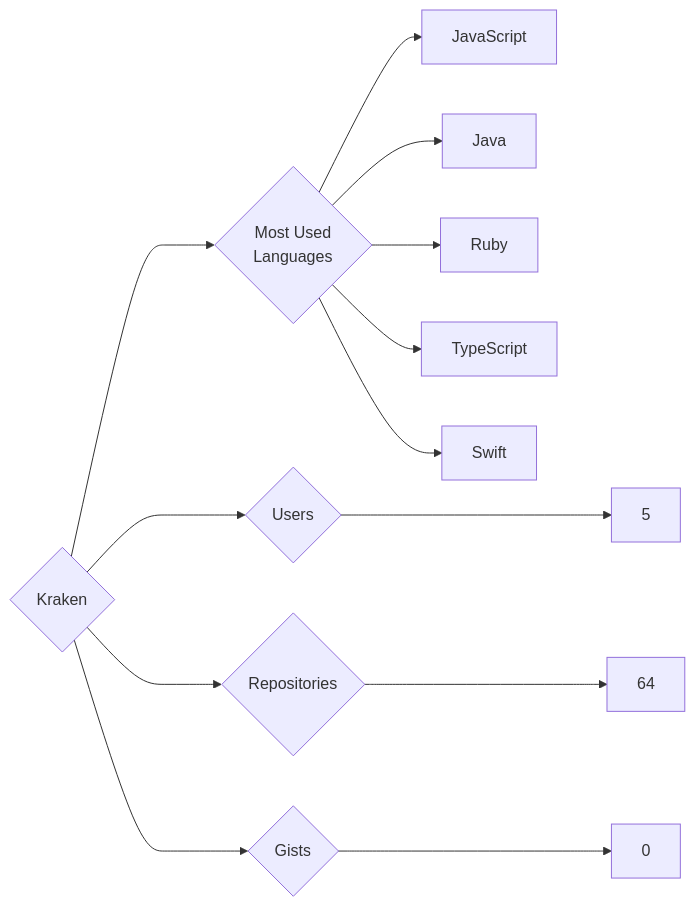
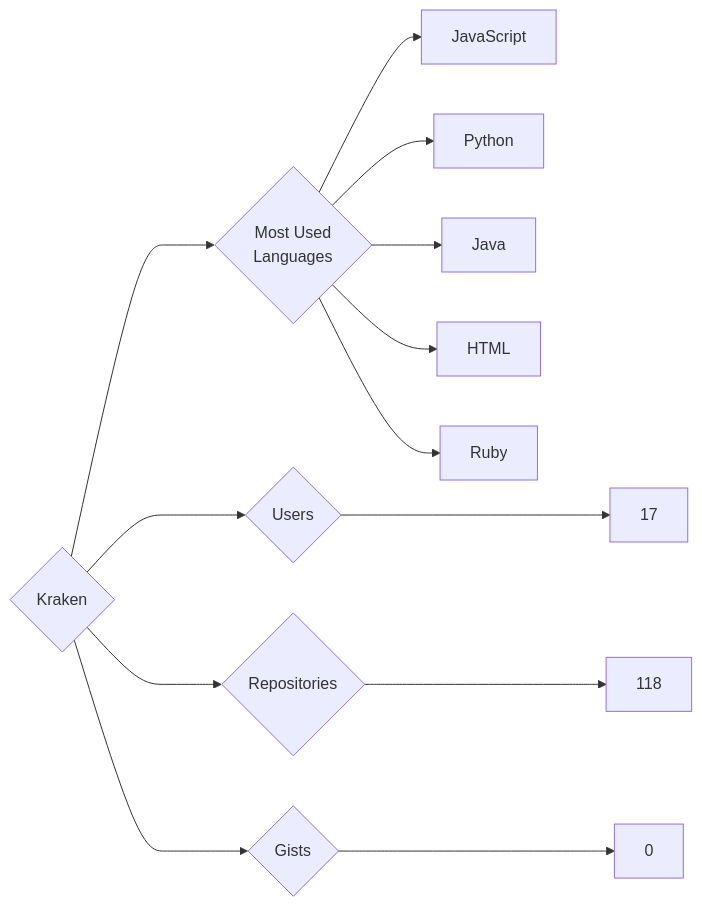
The diagram in targets/Kraken/README.md (trickest/insiders), drawn with Mermaid before and after one commit. The commit also changed 951 other files, not shown here.

````diff
--- a/targets/Kraken/README.md
+++ b/targets/Kraken/README.md
@@ -3,13 +3,13 @@
 ```mermaid
 graph LR
 COMPANY_NAME{Kraken}
-COMPANY_NAME ---> U{Users} ---> UN[5]
-COMPANY_NAME ---> R{Repositories} ---> RN[64]
+COMPANY_NAME ---> U{Users} ---> UN[17]
+COMPANY_NAME ---> R{Repositories} ---> RN[118]
 COMPANY_NAME ---> G{Gists} ---> GN[0]
 COMPANY_NAME ---> ML{Most Used<br>Languages}
-ML --> JavaScript
-ML --> Java
-ML --> Ruby
-ML --> TypeScript
-ML --> Swift
+ML --> JavaScript[JavaScript]
+ML --> Python[Python]
+ML --> Java[Java]
+ML --> HTML[HTML]
+ML --> Ruby[Ruby]
 ```
````
